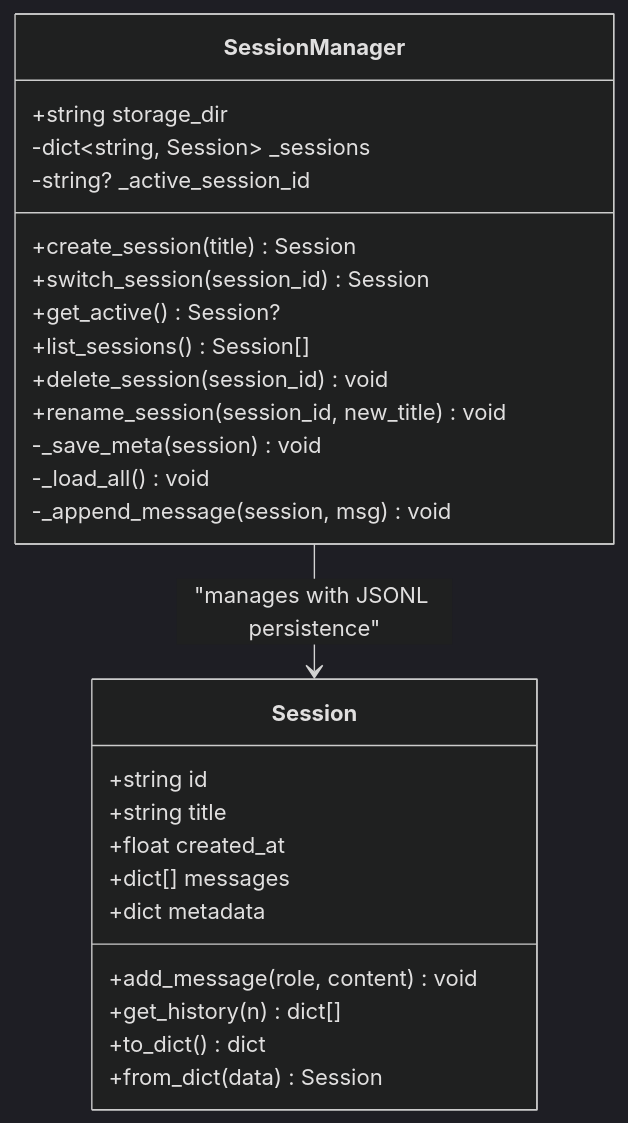
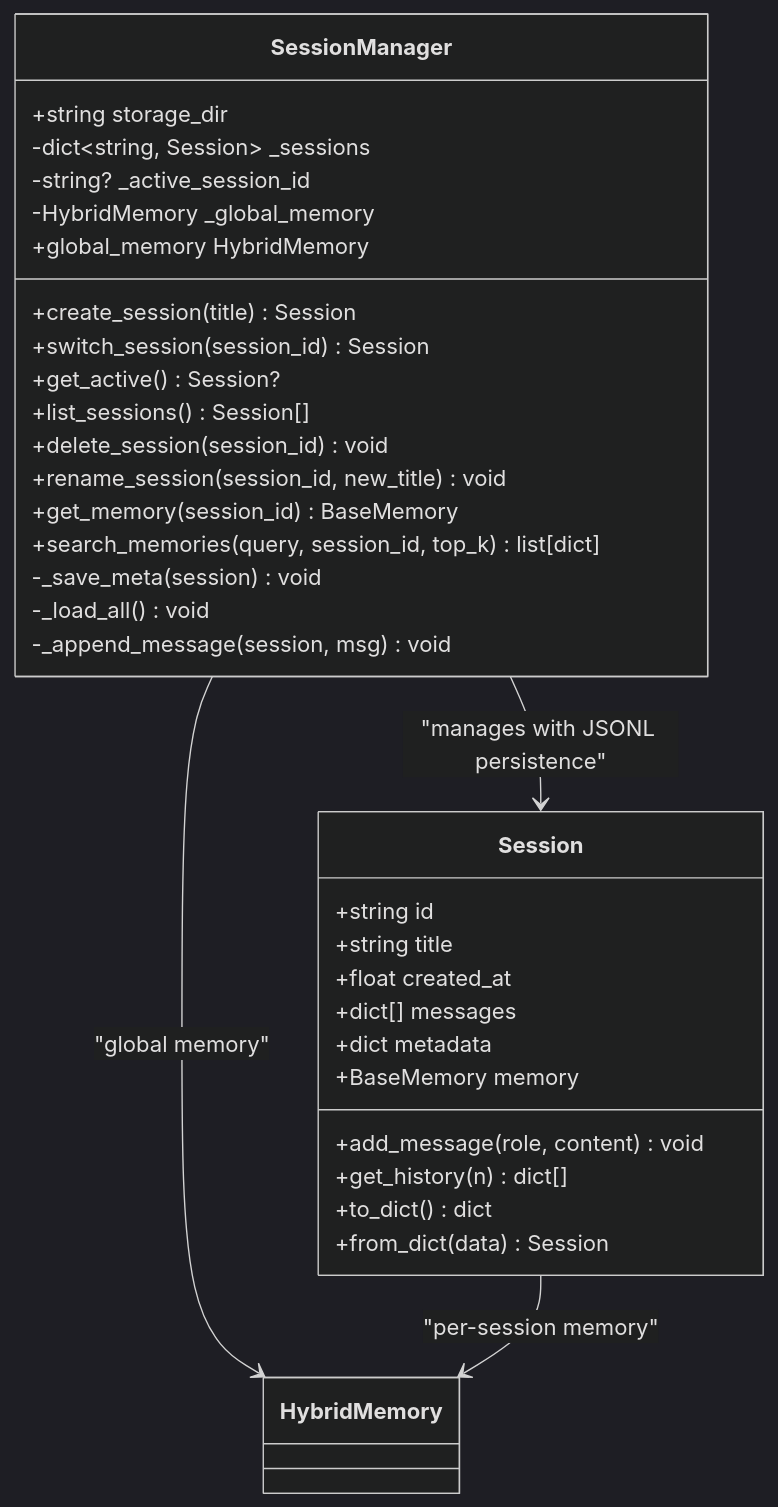
The third of 7 diagrams in .qoder/repowiki/en/content/Advanced Features/Session Management.md (1996Paul-Wen/HarnessAIDemo), drawn with Mermaid (dark theme) before and after one commit. The commit also changed other lines of this file and 4 other files, not shown here.

````diff
--- a/.qoder/repowiki/en/content/Advanced Features/Session Management.md
+++ b/.qoder/repowiki/en/content/Advanced Features/Session Management.md
@@ -157,29 +171,36 @@
 ```mermaid
 classDiagram
 class Session {
 +string id
 +string title
 +float created_at
 +dict[] messages
 +dict metadata
++BaseMemory memory
 +add_message(role, content) void
 +get_history(n) dict[]
 +to_dict() dict
 +from_dict(data) Session
 }
 class SessionManager {
 +string storage_dir
 -dict~string, Session~ _sessions
 -string? _active_session_id
+-HybridMemory _global_memory
 +create_session(title) Session
 +switch_session(session_id) Session
 +get_active() Session?
 +list_sessions() Session[]
 +delete_session(session_id) void
 +rename_session(session_id, new_title) void
++get_memory(session_id) BaseMemory
++global_memory HybridMemory
++search_memories(query, session_id, top_k) list[dict]
 -_save_meta(session) void
 -_load_all() void
 -_append_message(session, msg) void
 }
 SessionManager --> Session : "manages with JSONL persistence"
+SessionManager --> HybridMemory : "global memory"
+Session --> HybridMemory : "per-session memory"
 ```
````
